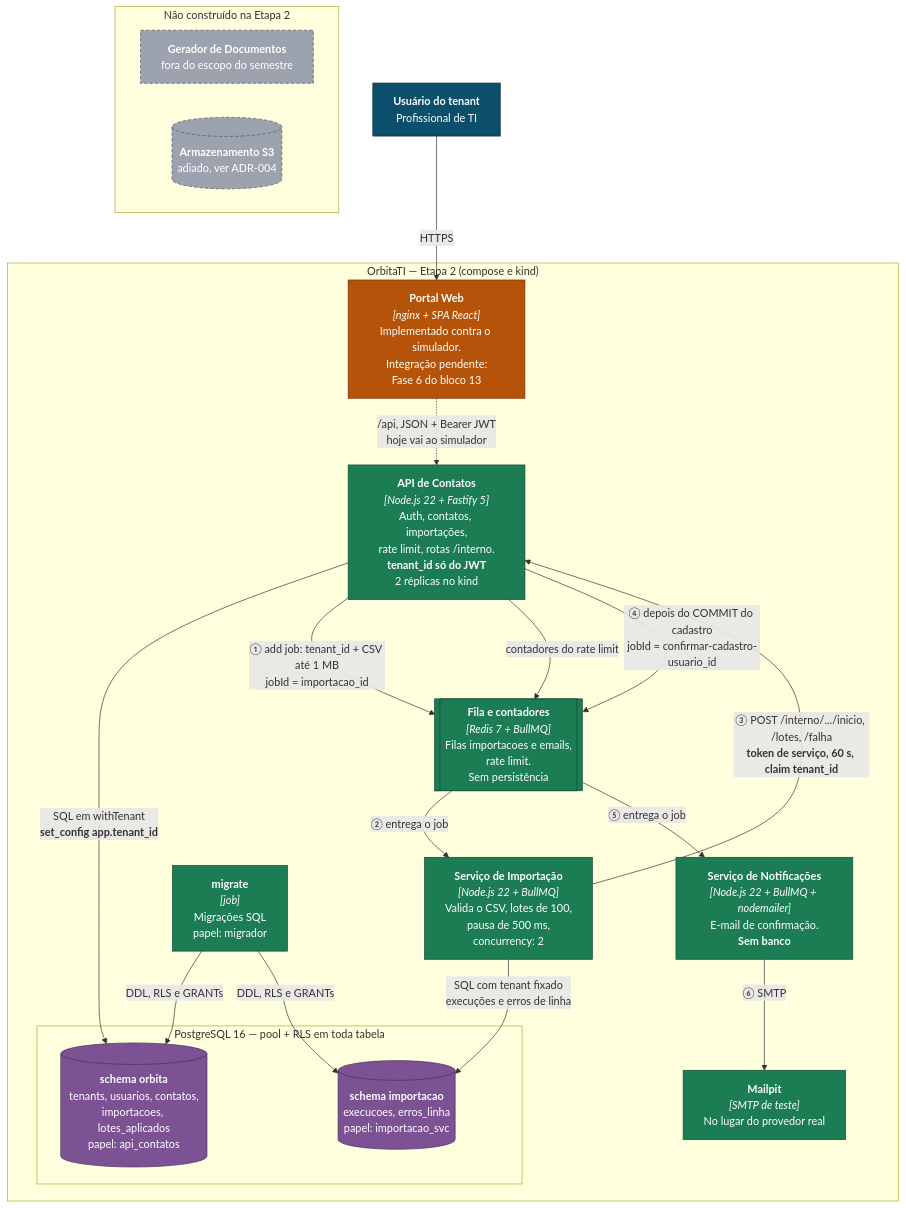
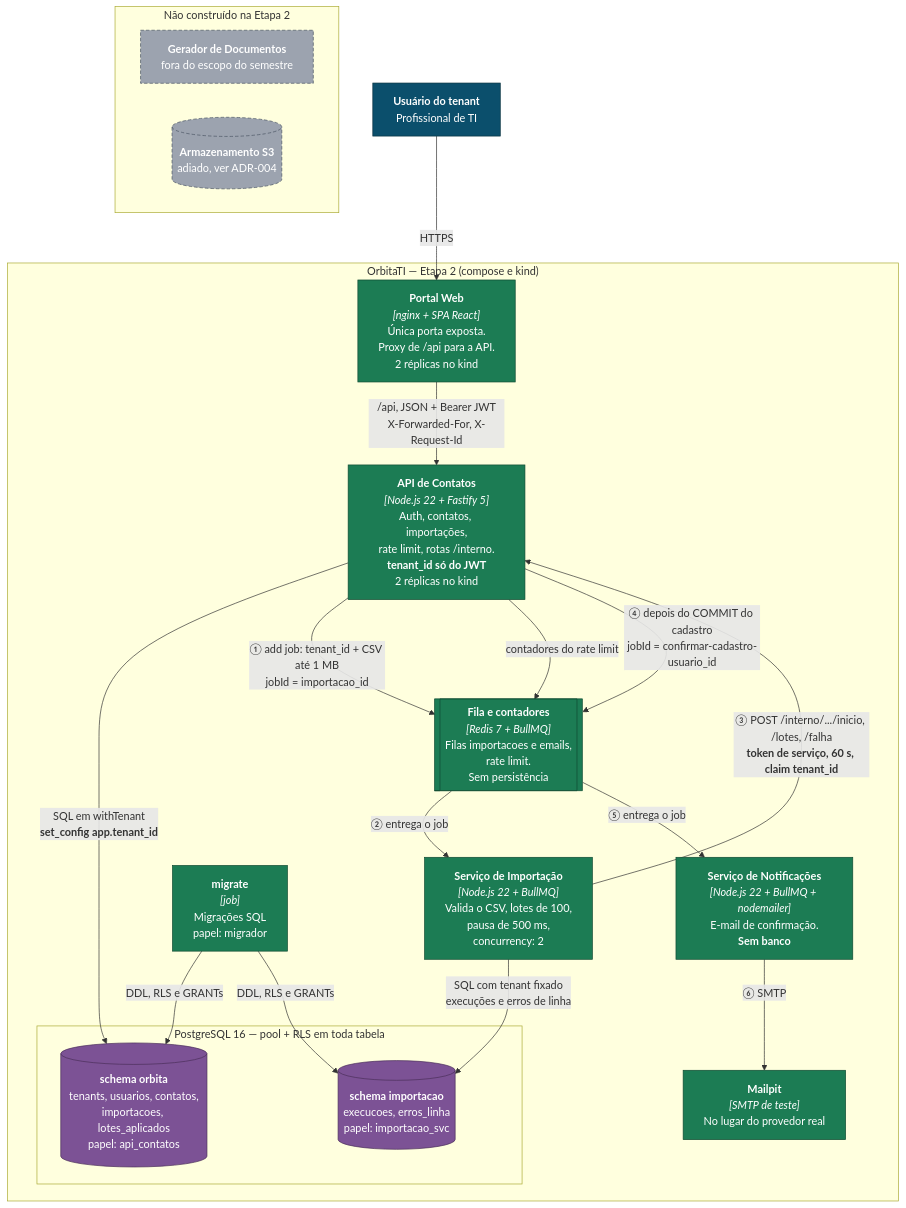
Before and after one commit to andrielschultzz/OrbitaTI: the fourth of 5 diagrams in docs/02-arquitetura-c4.md, drawn with Mermaid. The commit also changed other lines of this file and 25 other files, not shown here.

Commit message:
Bloco 13, Fase 6: Portal ligado na API real (compose e kind), nginx com resolver por variavel, N1 e N5 fechadas, E2E contra a API real no CI

````diff
--- a/docs/02-arquitetura-c4.md
+++ b/docs/02-arquitetura-c4.md
@@ -225,56 +226,55 @@
 ```mermaid
 flowchart TB
     user["<b>Usuário do tenant</b><br/>Profissional de TI"]
 
     subgraph sistema["OrbitaTI — Etapa 2 (compose e kind)"]
-        portal["<b>Portal Web</b><br/><i>[nginx + SPA React]</i><br/>Implementado contra o simulador.<br/>Integração pendente:<br/>Fase 6 do bloco 13"]
+        portal["<b>Portal Web</b><br/><i>[nginx + SPA React]</i><br/>Única porta exposta.<br/>Proxy de /api para a API.<br/>2 réplicas no kind"]
 
         api["<b>API de Contatos</b><br/><i>[Node.js 22 + Fastify 5]</i><br/>Auth, contatos, importações,<br/>rate limit, rotas /interno.<br/><b>tenant_id só do JWT</b><br/>2 réplicas no kind"]
 
         redis[["<b>Fila e contadores</b><br/><i>[Redis 7 + BullMQ]</i><br/>Filas importacoes e emails,<br/>rate limit.<br/>Sem persistência"]]
 
         worker["<b>Serviço de Importação</b><br/><i>[Node.js 22 + BullMQ]</i><br/>Valida o CSV, lotes de 100,<br/>pausa de 500 ms,<br/>concurrency: 2"]
 
         subgraph pg["PostgreSQL 16 — pool + RLS em toda tabela"]
             orbita[("<b>schema orbita</b><br/>tenants, usuarios, contatos,<br/>importacoes, lotes_aplicados<br/>papel: api_contatos")]
             imp[("<b>schema importacao</b><br/>execucoes, erros_linha<br/>papel: importacao_svc")]
         end
 
         migrate["<b>migrate</b><br/><i>[job]</i><br/>Migrações SQL<br/>papel: migrador"]
 
         notif["<b>Serviço de Notificações</b><br/><i>[Node.js 22 + BullMQ + nodemailer]</i><br/>E-mail de confirmação.<br/><b>Sem banco</b>"]
 
         mailpit["<b>Mailpit</b><br/><i>[SMTP de teste]</i><br/>No lugar do provedor real"]
     end
 
     subgraph naofeito["Não construído na Etapa 2"]
         wdoc["<b>Gerador de Documentos</b><br/>fora do escopo do semestre"]
         blob[("<b>Armazenamento S3</b><br/>adiado, ver ADR-004")]
     end
 
     user -->|"HTTPS"| portal
-    portal -.->|"/api, JSON + Bearer JWT<br/>hoje vai ao simulador"| api
+    portal -->|"/api, JSON + Bearer JWT<br/>X-Forwarded-For, X-Request-Id"| api
     api -->|"SQL em withTenant<br/><b>set_config app.tenant_id</b>"| orbita
     api -->|"① add job: tenant_id + CSV até 1 MB<br/>jobId = importacao_id"| redis
     api -->|"contadores do rate limit"| redis
     redis -->|"② entrega o job"| worker
     worker -->|"③ POST /interno/.../inicio, /lotes, /falha<br/><b>token de serviço, 60 s, claim tenant_id</b>"| api
     worker -->|"SQL com tenant fixado<br/>execuções e erros de linha"| imp
     migrate -->|"DDL, RLS e GRANTs"| orbita
     migrate -->|"DDL, RLS e GRANTs"| imp
     api -->|"④ depois do COMMIT do cadastro<br/>jobId = confirmar-cadastro-usuario_id"| redis
     redis -->|"⑤ entrega o job"| notif
     notif -->|"⑥ SMTP"| mailpit
 
     classDef pessoa fill:#0b4f6c,stroke:#08313f,color:#fff
     classDef container fill:#1c7c54,stroke:#0f4a31,color:#fff
     classDef dados fill:#7c5295,stroke:#4a2f59,color:#fff
     classDef parcial fill:#b45309,stroke:#78350f,color:#fff
     classDef ausente fill:#9ca3af,stroke:#4b5563,color:#fff,stroke-dasharray: 5 3
 
     class user pessoa
-    class api,redis,worker,migrate,notif,mailpit container
+    class portal,api,redis,worker,migrate,notif,mailpit container
     class orbita,imp dados
-    class portal parcial
     class wdoc,blob ausente
 ```
````
